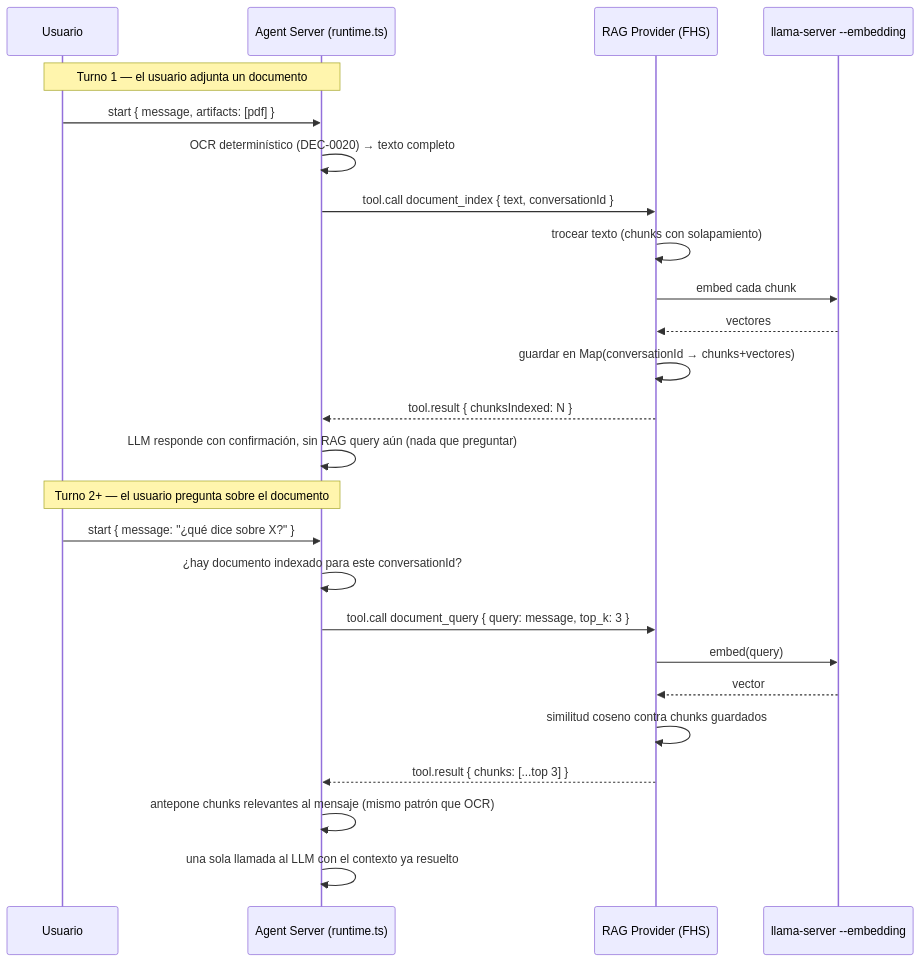
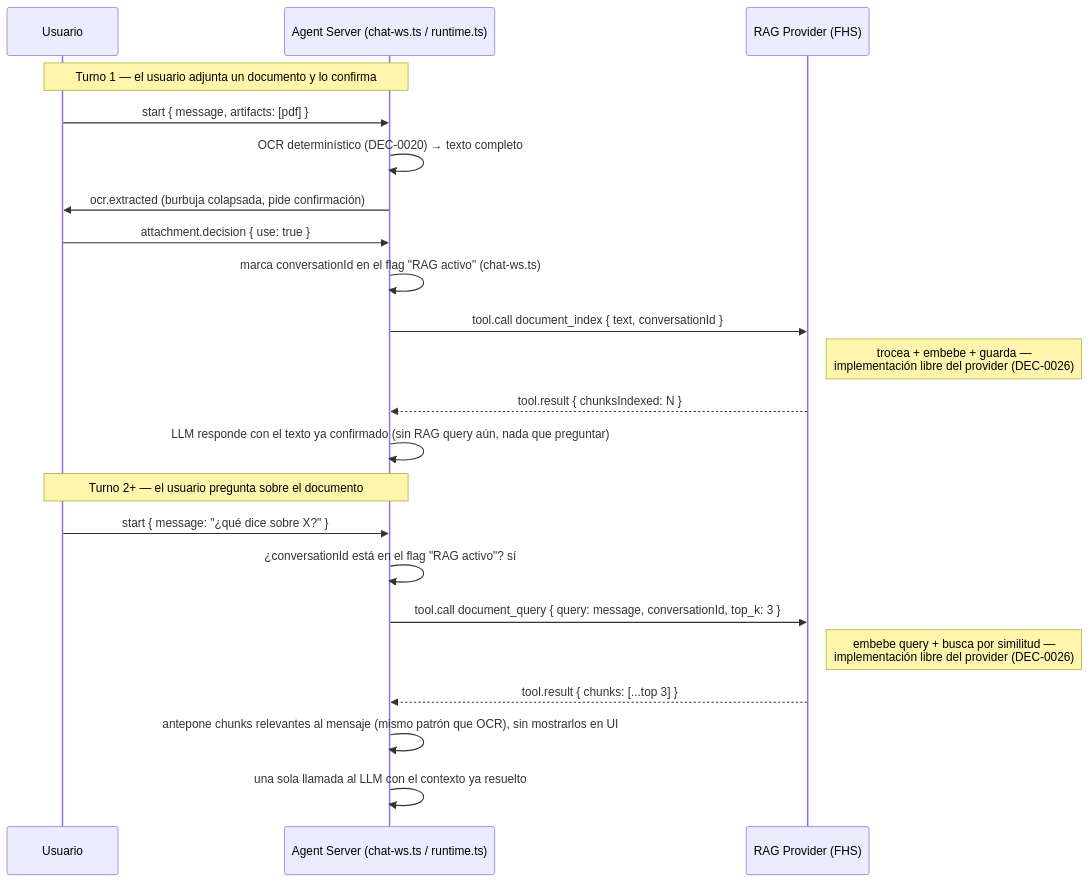
Before and after one commit to rafex/galaxIA: the diagram in spec-native/specs/rag-provider/SPEC.md, drawn with Mermaid. The commit also changed other lines of this file and 6 other files, not shown here.

First line of the commit message:
docs: separar RAG/KB/memoria de conversación y hacer el protocolo agnóstico de implementación

````diff
--- a/spec-native/specs/rag-provider/SPEC.md
+++ b/spec-native/specs/rag-provider/SPEC.md
@@ -46,29 +73,26 @@
 ```mermaid
 sequenceDiagram
     participant U as Usuario
-    participant AS as Agent Server (runtime.ts)
+    participant AS as Agent Server (chat-ws.ts / runtime.ts)
     participant RAG as RAG Provider (FHS)
-    participant EMB as llama-server --embedding
 
-    Note over U,AS: Turno 1 — el usuario adjunta un documento
+    Note over U,AS: Turno 1 — el usuario adjunta un documento y lo confirma
     U->>AS: start { message, artifacts: [pdf] }
     AS->>AS: OCR determinístico (DEC-0020) → texto completo
+    AS->>U: ocr.extracted (burbuja colapsada, pide confirmación)
+    U->>AS: attachment.decision { use: true }
+    AS->>AS: marca conversationId en el flag "RAG activo" (chat-ws.ts)
     AS->>RAG: tool.call document_index { text, conversationId }
-    RAG->>RAG: trocear texto (chunks con solapamiento)
-    RAG->>EMB: embed cada chunk
-    EMB-->>RAG: vectores
-    RAG->>RAG: guardar en Map(conversationId → chunks+vectores)
+    Note right of RAG: trocea + embebe + guarda —<br/>implementación libre del provider (DEC-0026)
     RAG-->>AS: tool.result { chunksIndexed: N }
-    AS->>AS: LLM responde con confirmación, sin RAG query aún (nada que preguntar)
+    AS->>AS: LLM responde con el texto ya confirmado (sin RAG query aún, nada que preguntar)
 
     Note over U,AS: Turno 2+ — el usuario pregunta sobre el documento
     U->>AS: start { message: "¿qué dice sobre X?" }
-    AS->>AS: ¿hay documento indexado para este conversationId?
-    AS->>RAG: tool.call document_query { query: message, top_k: 3 }
-    RAG->>EMB: embed(query)
-    EMB-->>RAG: vector
-    RAG->>RAG: similitud coseno contra chunks guardados
+    AS->>AS: ¿conversationId está en el flag "RAG activo"? sí
+    AS->>RAG: tool.call document_query { query: message, conversationId, top_k: 3 }
+    Note right of RAG: embebe query + busca por similitud —<br/>implementación libre del provider (DEC-0026)
     RAG-->>AS: tool.result { chunks: [...top 3] }
-    AS->>AS: antepone chunks relevantes al mensaje (mismo patrón que OCR)
+    AS->>AS: antepone chunks relevantes al mensaje (mismo patrón que OCR), sin mostrarlos en UI
     AS->>AS: una sola llamada al LLM con el contexto ya resuelto
 ```
````
